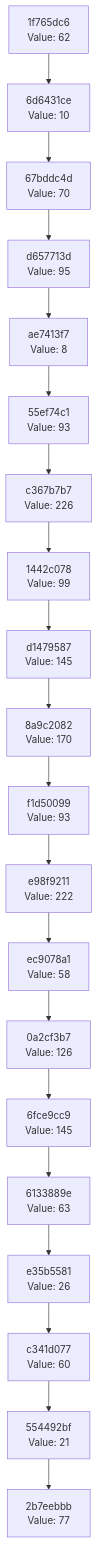
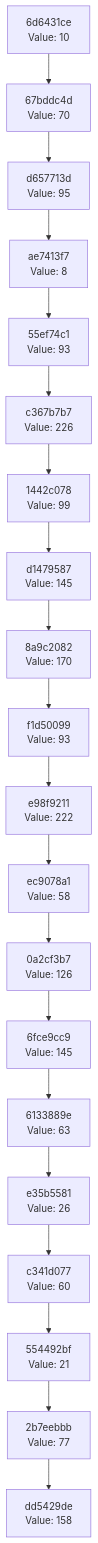
One commit to Abhisheksinha1506/hash-chain-evolver changed the diagram in docs/CHAIN_VISUALIZATION.md. Above: the diagram before and after it, drawn with Mermaid. The commit also changed 3 other files, not shown here.

````diff
--- a/docs/CHAIN_VISUALIZATION.md
+++ b/docs/CHAIN_VISUALIZATION.md
@@ -3,42 +3,42 @@
 ```mermaid
 graph TD
-    C0["2b7eebbb<br/>Value: 77"]
-    C1["554492bf<br/>Value: 21"]
+    C0["dd5429de<br/>Value: 158"]
+    C1["2b7eebbb<br/>Value: 77"]
     C1 --> C0
-    C2["c341d077<br/>Value: 60"]
+    C2["554492bf<br/>Value: 21"]
     C2 --> C1
-    C3["e35b5581<br/>Value: 26"]
+    C3["c341d077<br/>Value: 60"]
     C3 --> C2
-    C4["6133889e<br/>Value: 63"]
+    C4["e35b5581<br/>Value: 26"]
     C4 --> C3
-    C5["6fce9cc9<br/>Value: 145"]
+    C5["6133889e<br/>Value: 63"]
     C5 --> C4
-    C6["0a2cf3b7<br/>Value: 126"]
+    C6["6fce9cc9<br/>Value: 145"]
     C6 --> C5
-    C7["ec9078a1<br/>Value: 58"]
+    C7["0a2cf3b7<br/>Value: 126"]
     C7 --> C6
-    C8["e98f9211<br/>Value: 222"]
+    C8["ec9078a1<br/>Value: 58"]
     C8 --> C7
-    C9["f1d50099<br/>Value: 93"]
+    C9["e98f9211<br/>Value: 222"]
     C9 --> C8
-    C10["8a9c2082<br/>Value: 170"]
+    C10["f1d50099<br/>Value: 93"]
     C10 --> C9
-    C11["d1479587<br/>Value: 145"]
+    C11["8a9c2082<br/>Value: 170"]
     C11 --> C10
-    C12["1442c078<br/>Value: 99"]
+    C12["d1479587<br/>Value: 145"]
     C12 --> C11
-    C13["c367b7b7<br/>Value: 226"]
+    C13["1442c078<br/>Value: 99"]
     C13 --> C12
-    C14["55ef74c1<br/>Value: 93"]
+    C14["c367b7b7<br/>Value: 226"]
     C14 --> C13
-    C15["ae7413f7<br/>Value: 8"]
+    C15["55ef74c1<br/>Value: 93"]
     C15 --> C14
-    C16["d657713d<br/>Value: 95"]
+    C16["ae7413f7<br/>Value: 8"]
     C16 --> C15
-    C17["67bddc4d<br/>Value: 70"]
+    C17["d657713d<br/>Value: 95"]
     C17 --> C16
-    C18["6d6431ce<br/>Value: 10"]
+    C18["67bddc4d<br/>Value: 70"]
     C18 --> C17
-    C19["1f765dc6<br/>Value: 62"]
+    C19["6d6431ce<br/>Value: 10"]
     C19 --> C18
 ```
````
